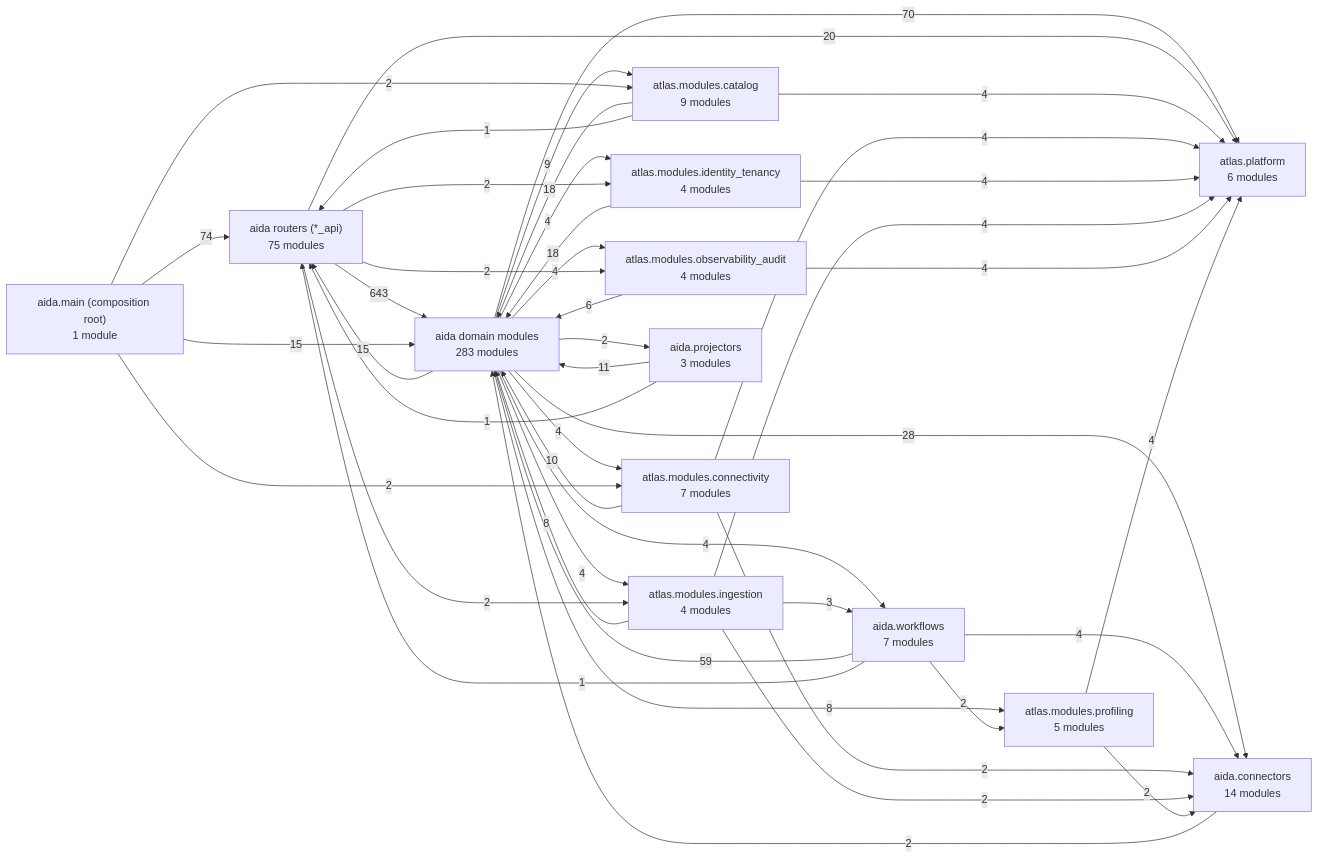
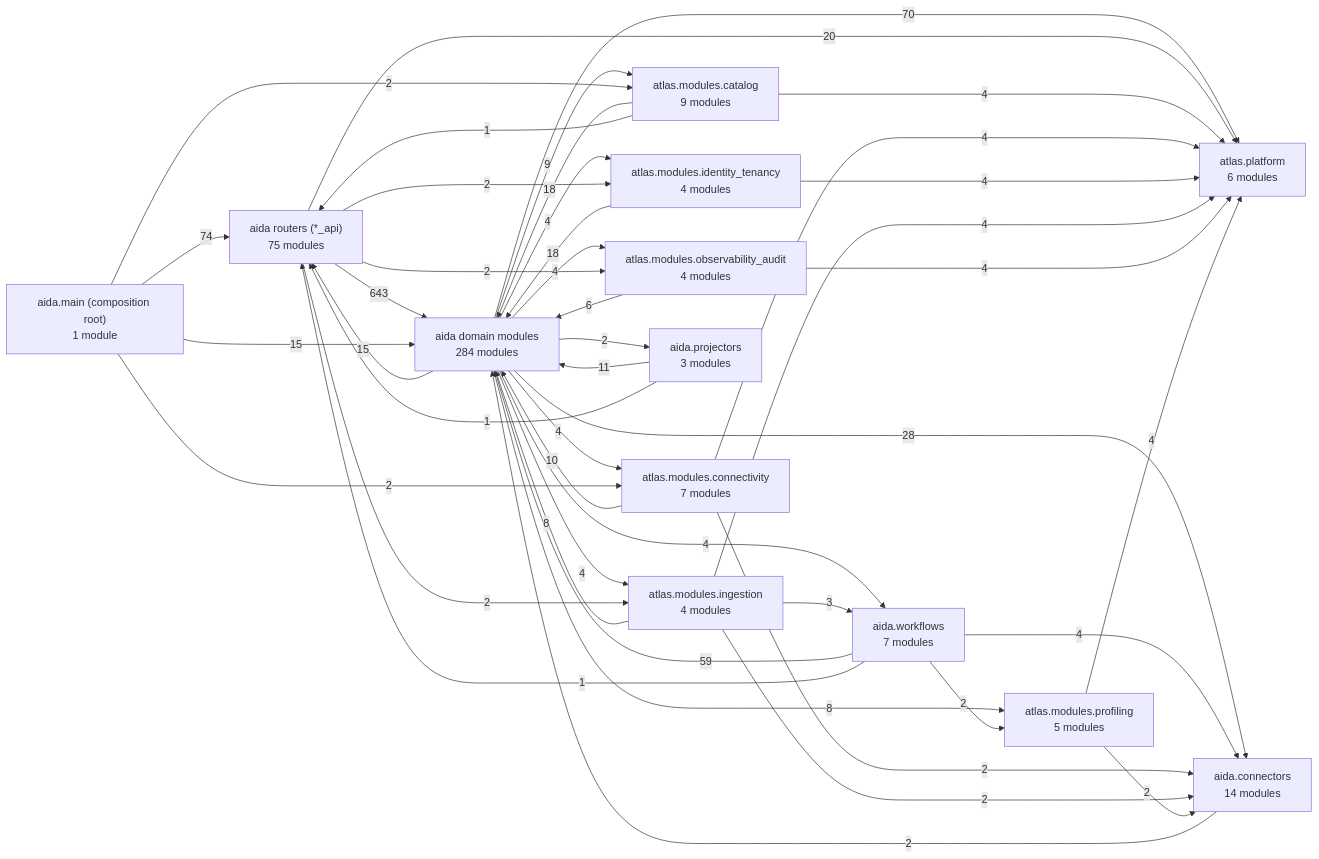
One commit to karuppusamym/AIDataAnalyst changed the first of 3 diagrams in Docs/10-architecture/14-generated-architecture-map.md. Above: the diagram before and after it, drawn with Mermaid. The commit also changed other lines of this file and 7 other files, not shown here.

````diff
--- a/Docs/10-architecture/14-generated-architecture-map.md
+++ b/Docs/10-architecture/14-generated-architecture-map.md
@@ -48,59 +48,59 @@
 ```mermaid
 graph LR
   app["aida.main (composition root)<br/>1 module"]
   routers["aida routers (*_api)<br/>75 modules"]
-  domain["aida domain modules<br/>283 modules"]
+  domain["aida domain modules<br/>284 modules"]
   ctx_catalog["atlas.modules.catalog<br/>9 modules"]
   ctx_connectivity["atlas.modules.connectivity<br/>7 modules"]
   ctx_identity_tenancy["atlas.modules.identity_tenancy<br/>4 modules"]
   ctx_ingestion["atlas.modules.ingestion<br/>4 modules"]
   ctx_observability_audit["atlas.modules.observability_audit<br/>4 modules"]
   ctx_profiling["atlas.modules.profiling<br/>5 modules"]
   connectors["aida.connectors<br/>14 modules"]
   workflows["aida.workflows<br/>7 modules"]
   projectors["aida.projectors<br/>3 modules"]
   platform["atlas.platform<br/>6 modules"]
   routers -->|643| domain
   app -->|74| routers
   domain -->|70| platform
   workflows -->|59| domain
   domain -->|28| connectors
   routers -->|20| platform
   ctx_catalog -->|18| domain
   ctx_identity_tenancy -->|18| domain
   app -->|15| domain
   domain -->|15| routers
   projectors -->|11| domain
   ctx_connectivity -->|10| domain
   domain -->|9| ctx_catalog
   ctx_ingestion -->|8| domain
   domain -->|8| ctx_profiling
   ctx_observability_audit -->|6| domain
   ctx_catalog -->|4| platform
   ctx_connectivity -->|4| platform
   ctx_identity_tenancy -->|4| platform
   ctx_ingestion -->|4| platform
   ctx_observability_audit -->|4| platform
   ctx_profiling -->|4| platform
   domain -->|4| ctx_connectivity
   domain -->|4| ctx_identity_tenancy
   domain -->|4| ctx_ingestion
   domain -->|4| ctx_observability_audit
   domain -->|4| workflows
   workflows -->|4| connectors
   ctx_ingestion -->|3| workflows
   app -->|2| ctx_catalog
   app -->|2| ctx_connectivity
   connectors -->|2| domain
   ctx_connectivity -->|2| connectors
   ctx_ingestion -->|2| connectors
   ctx_profiling -->|2| connectors
   domain -->|2| projectors
   routers -->|2| ctx_identity_tenancy
   routers -->|2| ctx_ingestion
   routers -->|2| ctx_observability_audit
   workflows -->|2| ctx_profiling
   ctx_catalog -->|1| routers
   projectors -->|1| routers
   workflows -->|1| routers
 ```
````
